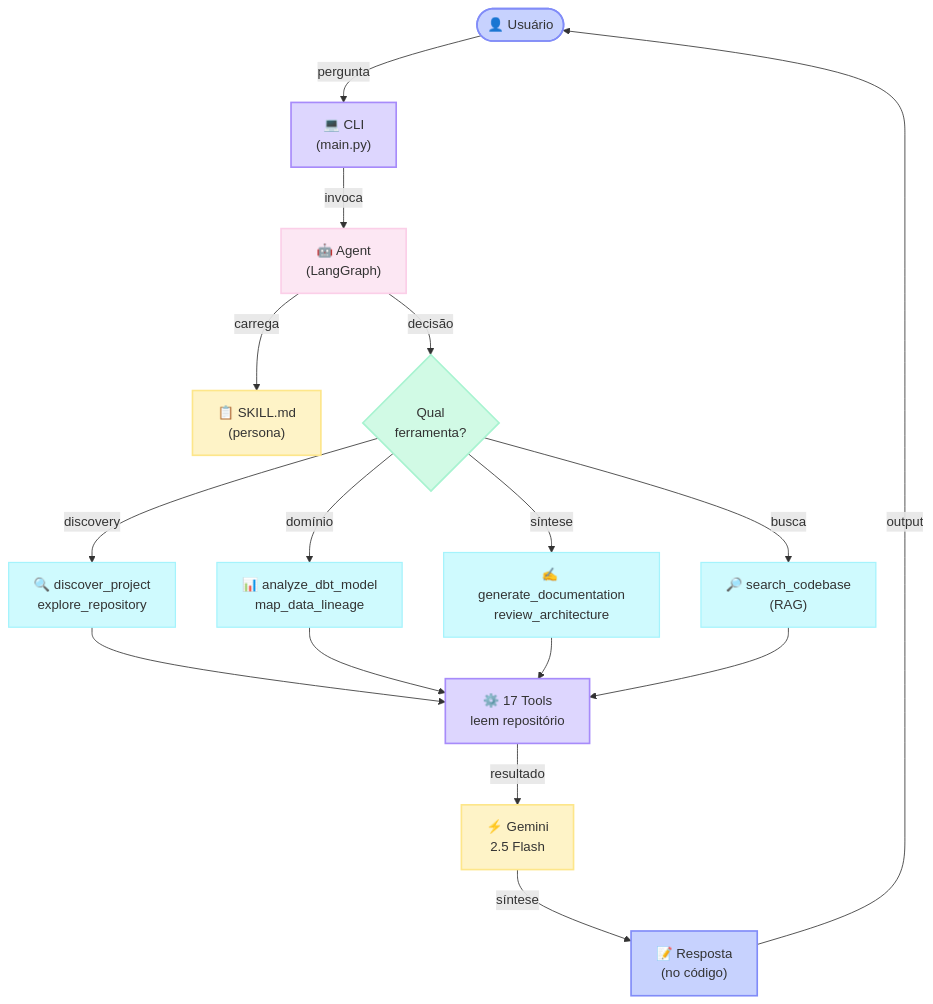
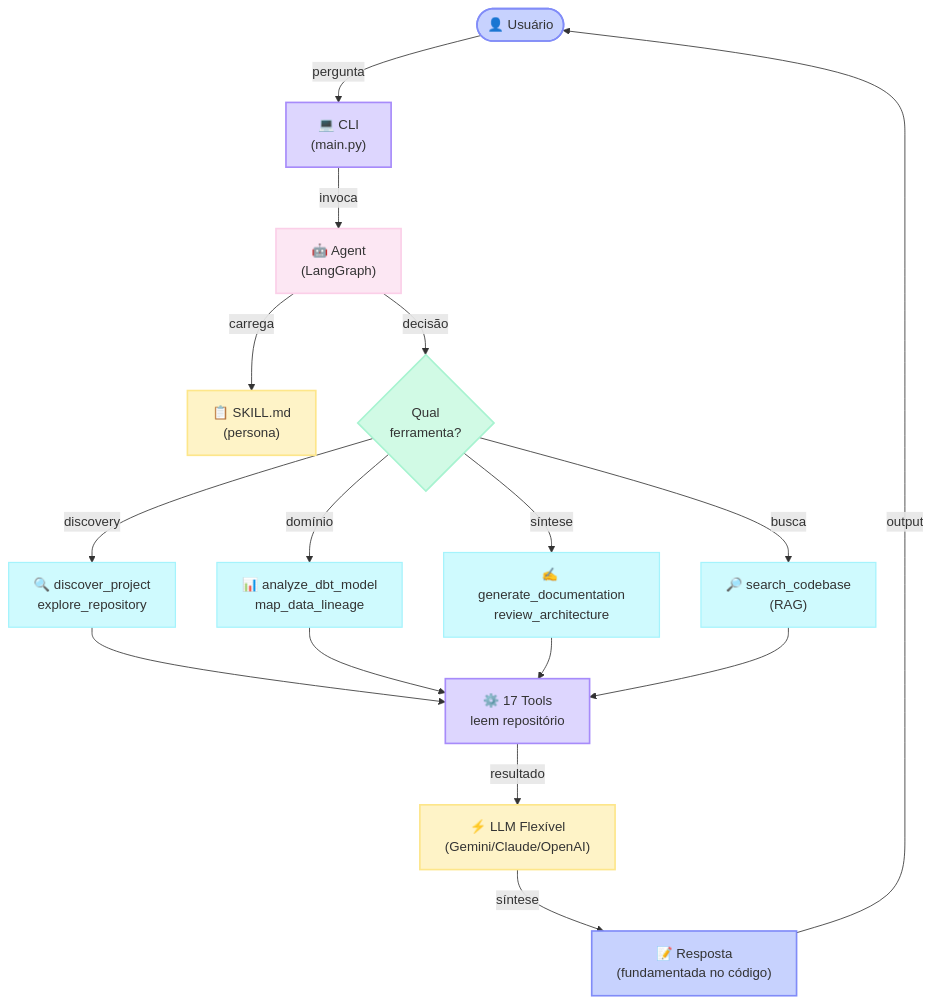
Before and after one commit to eduardo-ebdl/lupus: the first of 2 diagrams in README.md, drawn with Mermaid. The commit also changed other lines of this file, not shown here.

````diff
--- a/README.md
+++ b/README.md
@@ -97,41 +111,41 @@
 ```mermaid
 flowchart TD
     User(["👤 Usuário"])
     
     User -->|pergunta| CLI["💻 CLI<br/>(main.py)"]
     
     CLI -->|invoca| Agent["🤖 Agent<br/>(LangGraph)"]
     
     Agent -->|carrega| Skill["📋 SKILL.md<br/>(persona)"]
     
     Agent -->|decisão| Decision{"Qual<br/>ferramenta?"}
     
     Decision -->|discovery| T1["🔍 discover_project<br/>explore_repository"]
     Decision -->|domínio| T2["📊 analyze_dbt_model<br/>map_data_lineage"]
     Decision -->|síntese| T3["✍️ generate_documentation<br/>review_architecture"]
     Decision -->|busca| T4["🔎 search_codebase<br/>(RAG)"]
     
     T1 --> Tools["⚙️ 17 Tools<br/>leem repositório"]
     T2 --> Tools
     T3 --> Tools
     T4 --> Tools
     
-    Tools -->|resultado| LLM["⚡ Gemini<br/>2.5 Flash"]
+    Tools -->|resultado| LLM["⚡ LLM Flexível<br/>(Gemini/Claude/OpenAI)"]
     
-    LLM -->|síntese| Response["📝 Resposta<br/>(no código)"]
+    LLM -->|síntese| Response["📝 Resposta<br/>(fundamentada no código)"]
     
     Response -->|output| User
     
     style User fill:#c7d2fe,stroke:#818cf8,stroke-width:2px,color:#333
     style CLI fill:#ddd6fe,stroke:#a78bfa,stroke-width:2px,color:#333
     style Agent fill:#fce7f3,stroke:#fbcfe8,stroke-width:2px,color:#333
     style Skill fill:#fef3c7,stroke:#fde68a,stroke-width:2px,color:#333
     style Decision fill:#d1fae5,stroke:#a7f3d0,stroke-width:2px,color:#333
     style T1 fill:#cffafe,stroke:#a5f3fc,stroke-width:1.5px,color:#333
     style T2 fill:#cffafe,stroke:#a5f3fc,stroke-width:1.5px,color:#333
     style T3 fill:#cffafe,stroke:#a5f3fc,stroke-width:1.5px,color:#333
     style T4 fill:#cffafe,stroke:#a5f3fc,stroke-width:1.5px,color:#333
     style Tools fill:#ddd6fe,stroke:#a78bfa,stroke-width:2px,color:#333
     style LLM fill:#fef3c7,stroke:#fde68a,stroke-width:2px,color:#333
     style Response fill:#c7d2fe,stroke:#818cf8,stroke-width:2px,color:#333
 ```
````
